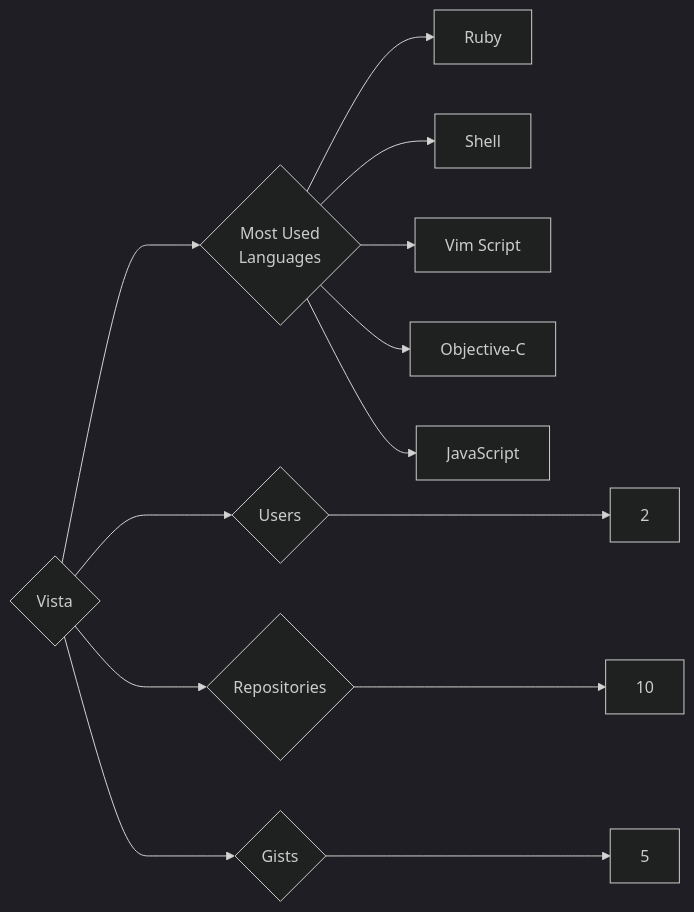
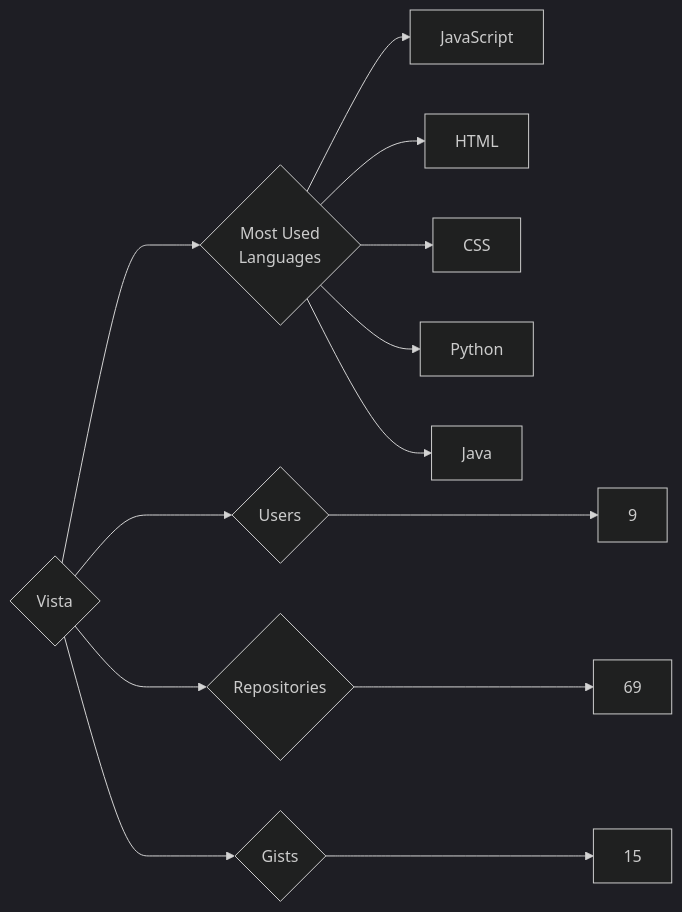
One commit to trickest/insiders changed the diagram in targets/Vista/README.md. Above: the diagram before and after it, drawn with Mermaid (dark theme). The commit also changed 877 other files, not shown here.

````diff
--- a/targets/Vista/README.md
+++ b/targets/Vista/README.md
@@ -3,13 +3,13 @@
 ```mermaid
 graph LR
 COMPANY_NAME{Vista}
-COMPANY_NAME ---> U{Users} ---> UN[2]
-COMPANY_NAME ---> R{Repositories} ---> RN[10]
-COMPANY_NAME ---> G{Gists} ---> GN[5]
+COMPANY_NAME ---> U{Users} ---> UN[9]
+COMPANY_NAME ---> R{Repositories} ---> RN[69]
+COMPANY_NAME ---> G{Gists} ---> GN[15]
 COMPANY_NAME ---> ML{Most Used<br>Languages}
-ML --> Ruby[Ruby]
-ML --> Shell[Shell]
-ML --> Vim_Script[Vim Script]
-ML --> Objective-C[Objective-C]
 ML --> JavaScript[JavaScript]
+ML --> HTML[HTML]
+ML --> CSS[CSS]
+ML --> Python[Python]
+ML --> Java[Java]
 ```
````
